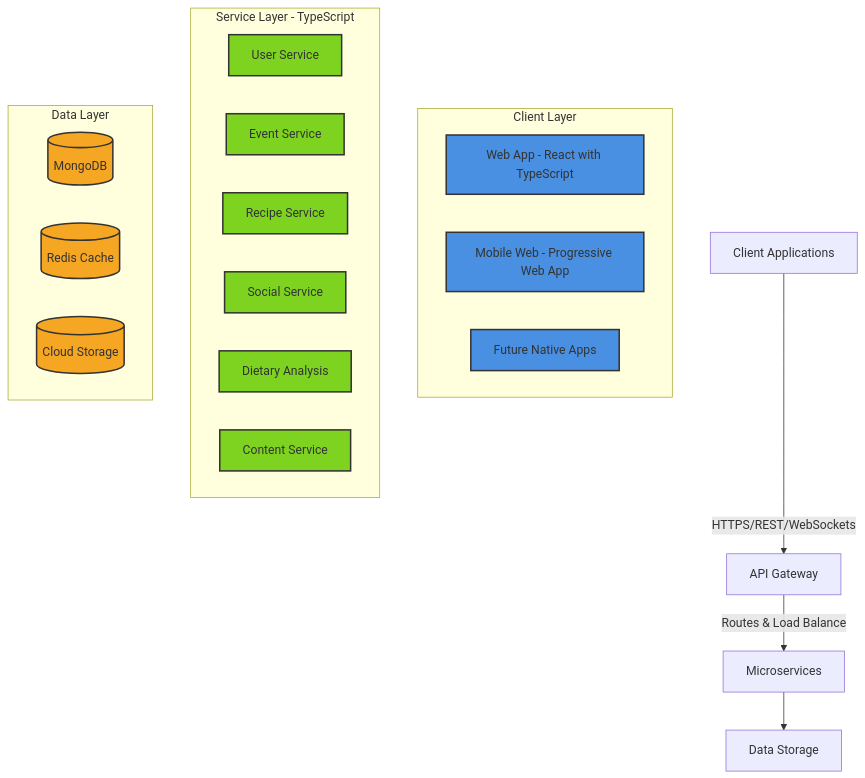
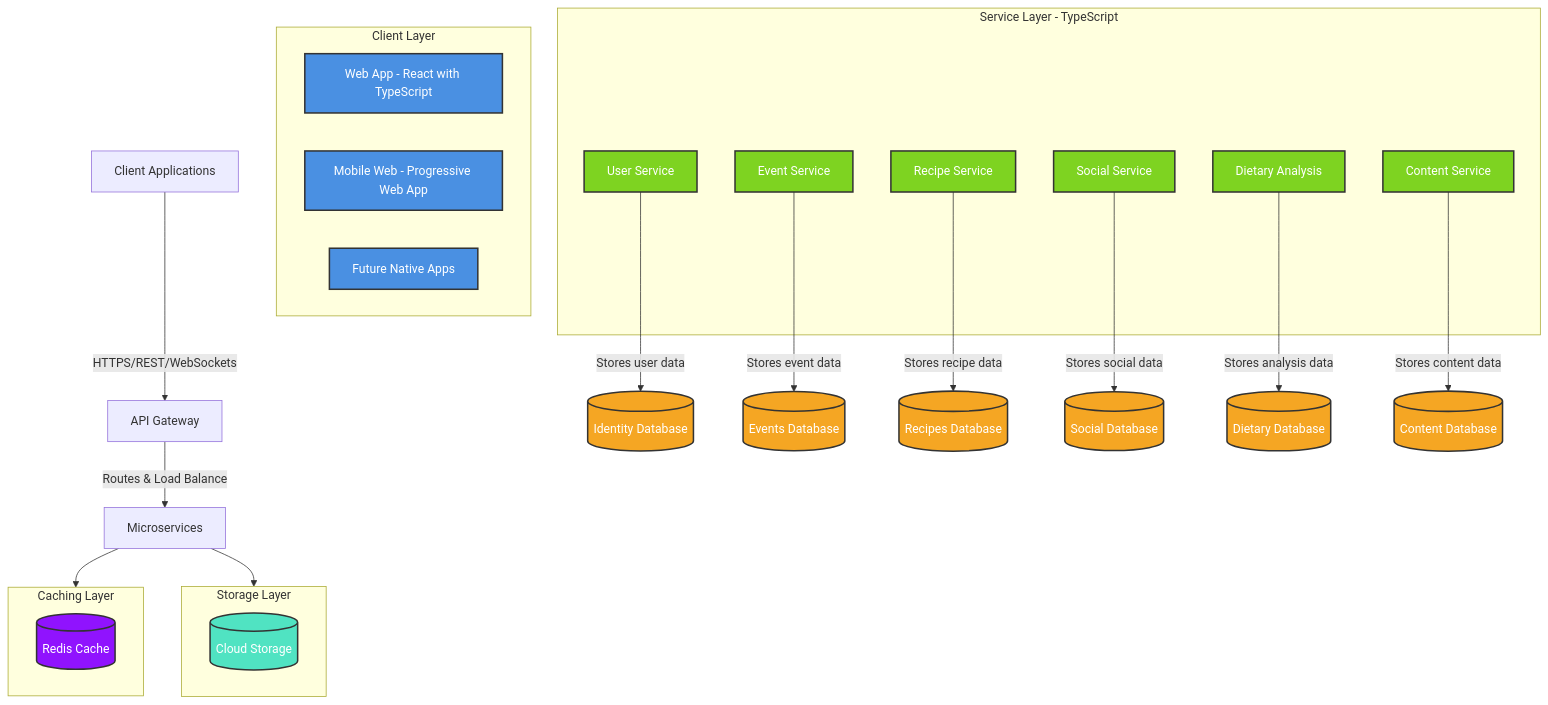
Before and after one commit to eugenetedkim/olive-table: the diagram in OLIVE_TABLE_ARCHITECTURE.md, drawn with Mermaid. The commit also changed other lines of this file, not shown here.

Commit message:
Update architecture documentation to reflect database-per-service design

````diff
--- a/OLIVE_TABLE_ARCHITECTURE.md
+++ b/OLIVE_TABLE_ARCHITECTURE.md
@@ -11,37 +11,51 @@
 ```mermaid
 graph TD
     Client[Client Applications] -->|HTTPS/REST/WebSockets| Gateway[API Gateway]
     
     subgraph ClientLayer[Client Layer]
         WebApp[Web App - React with TypeScript]
         MobileWeb[Mobile Web - Progressive Web App]
         NativeApps[Future Native Apps]
     end
     
     Gateway -->|Routes & Load Balance| Services[Microservices]
     
     subgraph ServiceLayer[Service Layer - TypeScript]
         User[User Service]
         Event[Event Service]
         Recipe[Recipe Service]
         Social[Social Service]
         Dietary[Dietary Analysis]
         Content[Content Service]
     end
     
-    Services --> Storage[Data Storage]
+    User -->|Stores user data| UserDB[(Identity Database)]
+    Event -->|Stores event data| EventDB[(Events Database)]
+    Recipe -->|Stores recipe data| RecipeDB[(Recipes Database)]
+    Social -->|Stores social data| SocialDB[(Social Database)]
+    Dietary -->|Stores analysis data| DietaryDB[(Dietary Database)]
+    Content -->|Stores content data| ContentDB[(Content Database)]
     
-    subgraph DataLayer[Data Layer]
-        MongoDB[(MongoDB)]
+    subgraph CachingLayer[Caching Layer]
         Redis[(Redis Cache)]
+    end
+    
+    subgraph StorageLayer[Storage Layer]
         CloudStorage[(Cloud Storage)]
     end
     
-    classDef client fill:#4a90e2,stroke:#333,stroke-width:2px
-    classDef service fill:#7ed321,stroke:#333,stroke-width:2px
-    classDef data fill:#f5a623,stroke:#333,stroke-width:2px
+    Services --> CachingLayer
+    Services --> StorageLayer
+    
+    classDef client fill:#4a90e2,stroke:#333,stroke-width:2px,color:white
+    classDef service fill:#7ed321,stroke:#333,stroke-width:2px,color:white
+    classDef database fill:#f5a623,stroke:#333,stroke-width:2px,color:white
+    classDef cache fill:#9013fe,stroke:#333,stroke-width:2px,color:white
+    classDef storage fill:#50e3c2,stroke:#333,stroke-width:2px,color:white
     
     class WebApp,MobileWeb,NativeApps client
     class User,Event,Recipe,Social,Dietary,Content service
-    class MongoDB,Redis,CloudStorage data
+    class UserDB,EventDB,RecipeDB,SocialDB,DietaryDB,ContentDB database
+    class Redis cache
+    class CloudStorage storage
 ```
````
